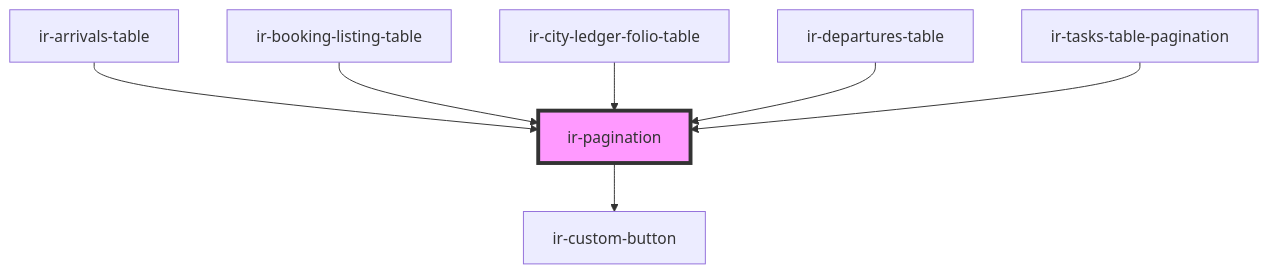
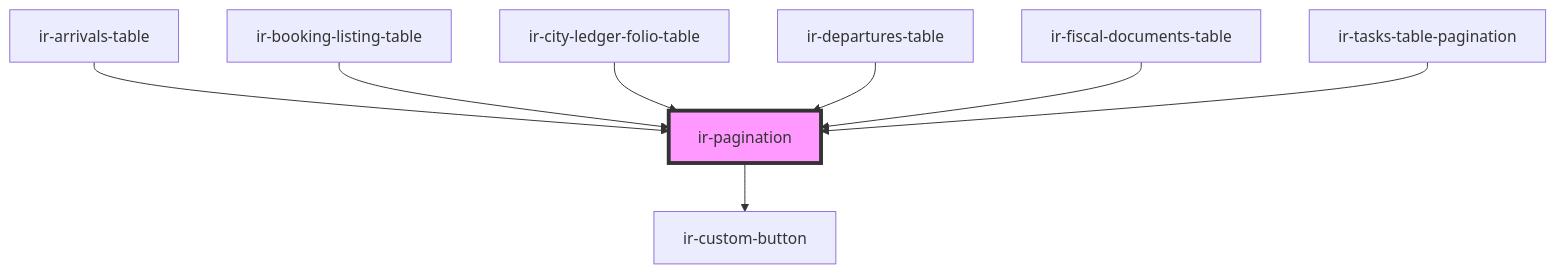
The diagram in src/components/ir-pagination/readme.md (RonyRizk/ir-webcmp), drawn with Mermaid before and after one commit. The commit also changed other lines of this file and 115 other files, not shown here.

````diff
--- a/src/components/ir-pagination/readme.md
+++ b/src/components/ir-pagination/readme.md
@@ -51,10 +52,11 @@
 ```mermaid
 graph TD;
   ir-pagination --> ir-custom-button
   ir-arrivals-table --> ir-pagination
   ir-booking-listing-table --> ir-pagination
   ir-city-ledger-folio-table --> ir-pagination
   ir-departures-table --> ir-pagination
+  ir-fiscal-documents-table --> ir-pagination
   ir-tasks-table-pagination --> ir-pagination
   style ir-pagination fill:#f9f,stroke:#333,stroke-width:4px
 ```
````
